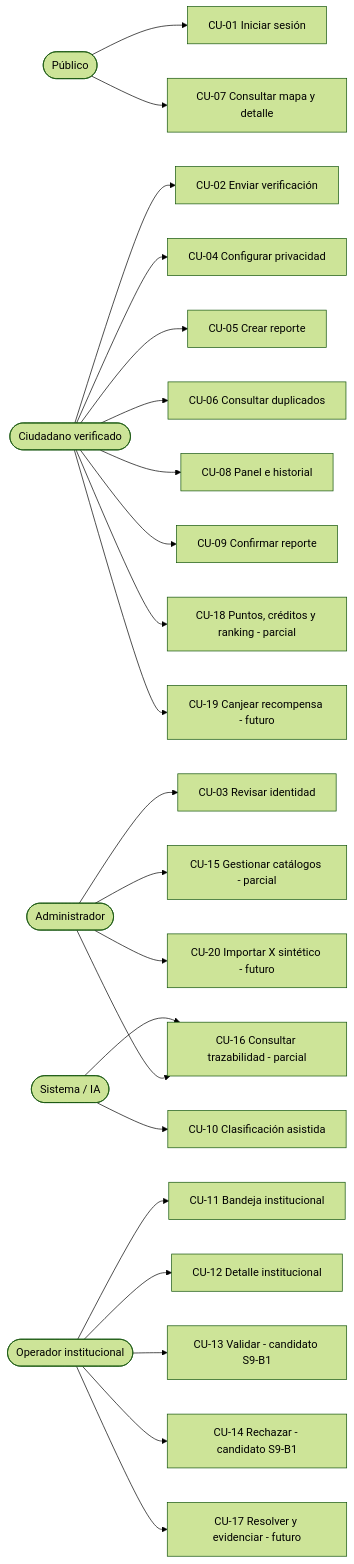
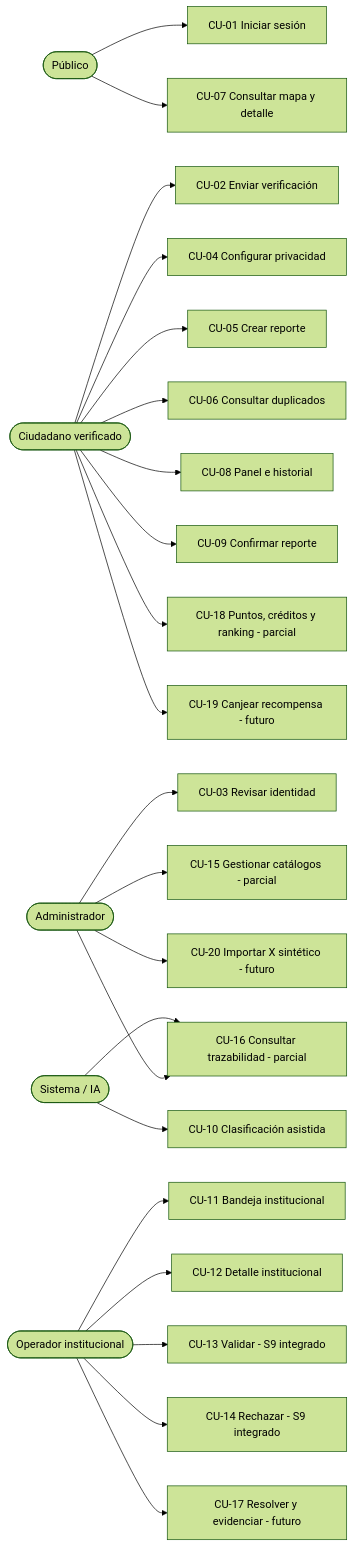
One commit to MontyPohl/ciudadania-activa changed the first of 16 diagrams in docs/tesis/ACTUALIZACION_DOCUMENTO_TESIS.md. Above: the diagram before and after it, drawn with Mermaid (forest theme). The commit also changed other lines of this file and 3 other files, not shown here.

````diff
--- a/docs/tesis/ACTUALIZACION_DOCUMENTO_TESIS.md
+++ b/docs/tesis/ACTUALIZACION_DOCUMENTO_TESIS.md
@@ -1021,34 +1047,34 @@
 ```mermaid
 flowchart LR
     Publico([Público])
     Ciudadano([Ciudadano verificado])
     Admin([Administrador])
     Operador([Operador institucional])
     Sistema([Sistema / IA])
 
     Publico --> CU01[CU-01 Iniciar sesión]
     Publico --> CU07[CU-07 Consultar mapa y detalle]
 
     Ciudadano --> CU02[CU-02 Enviar verificación]
     Ciudadano --> CU04[CU-04 Configurar privacidad]
     Ciudadano --> CU05[CU-05 Crear reporte]
     Ciudadano --> CU06[CU-06 Consultar duplicados]
     Ciudadano --> CU08[CU-08 Panel e historial]
     Ciudadano --> CU09[CU-09 Confirmar reporte]
     Ciudadano --> CU18[CU-18 Puntos, créditos y ranking - parcial]
     Ciudadano --> CU19[CU-19 Canjear recompensa - futuro]
 
     Admin --> CU03[CU-03 Revisar identidad]
     Admin --> CU15[CU-15 Gestionar catálogos - parcial]
     Admin --> CU16[CU-16 Consultar trazabilidad - parcial]
     Admin --> CU20[CU-20 Importar X sintético - futuro]
 
     Operador --> CU11[CU-11 Bandeja institucional]
     Operador --> CU12[CU-12 Detalle institucional]
-    Operador --> CU13[CU-13 Validar - candidato S9-B1]
-    Operador --> CU14[CU-14 Rechazar - candidato S9-B1]
+    Operador --> CU13[CU-13 Validar - S9 integrado]
+    Operador --> CU14[CU-14 Rechazar - S9 integrado]
     Operador --> CU17[CU-17 Resolver y evidenciar - futuro]
 
     Sistema --> CU10[CU-10 Clasificación asistida]
     Sistema --> CU16
 ```
````
